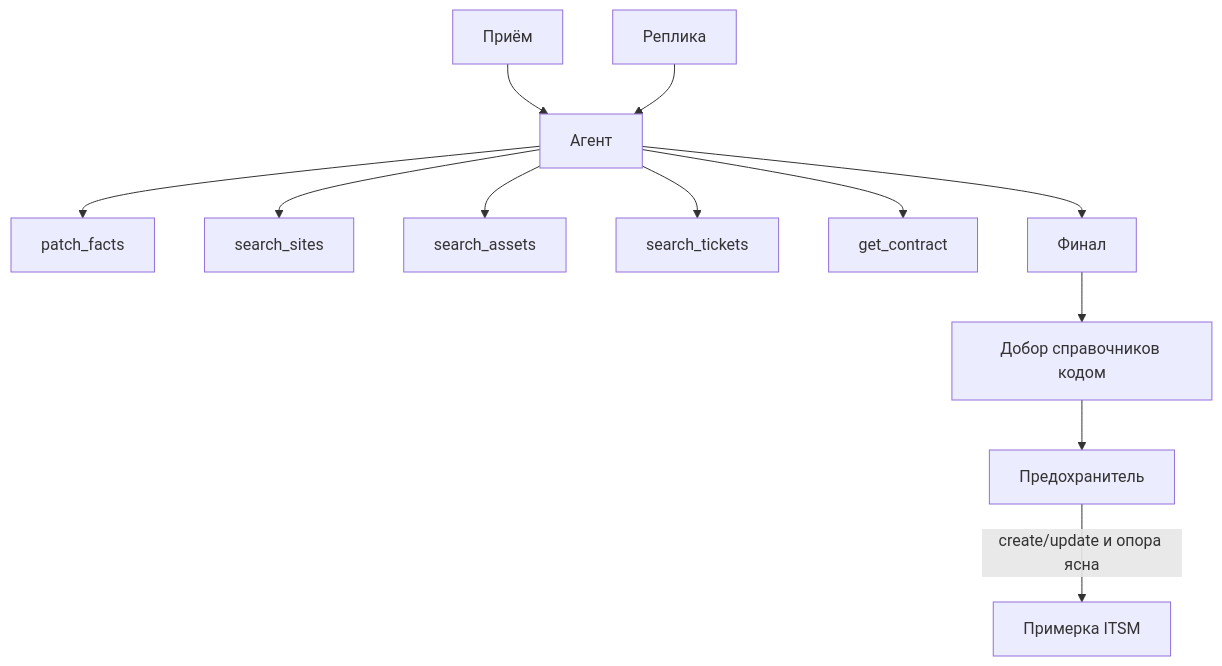
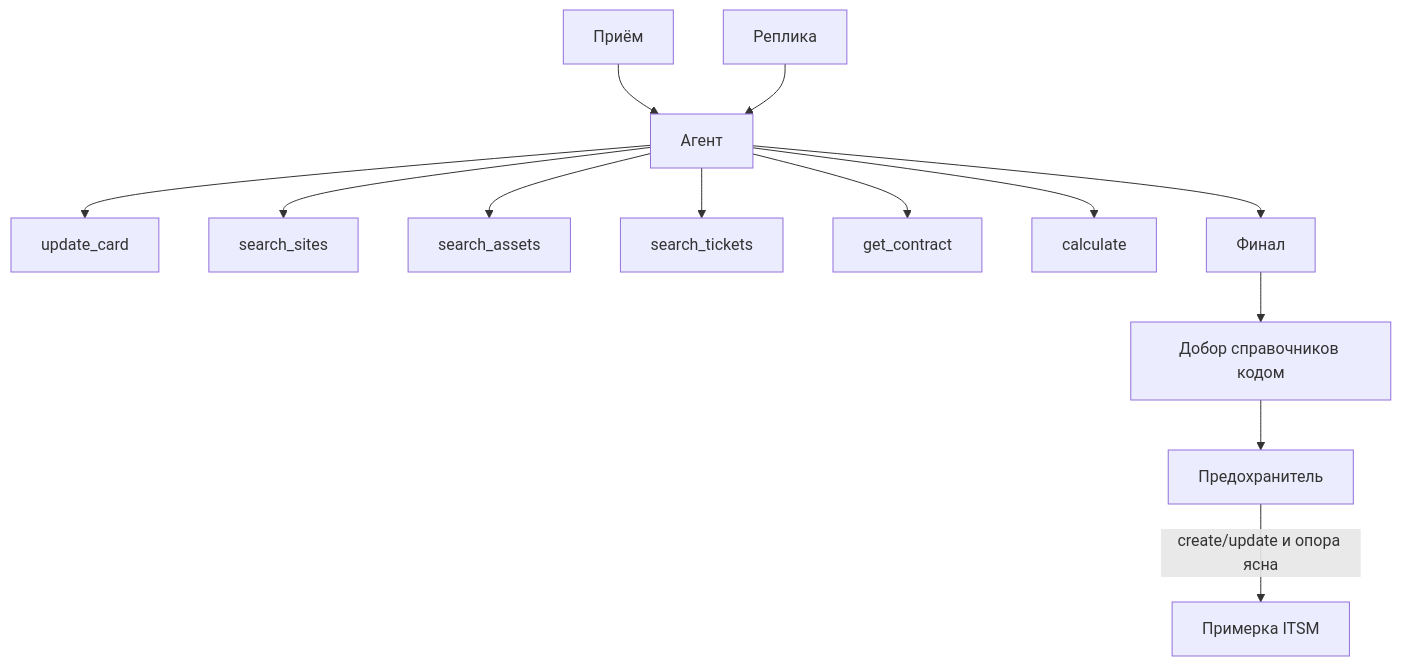
Before and after one commit to smirnoff-ai/jo-selectel-ai-solution-architect: the diagram in docs/concept/agent-harness.md, drawn with Mermaid. The commit also changed other lines of this file and 87 other files, not shown here.

Commit message:
feat(agent): close sprint 07 live window and card loop (#7)

````diff
--- a/docs/concept/agent-harness.md
+++ b/docs/concept/agent-harness.md
@@ -26,14 +26,15 @@
 ```mermaid
 flowchart TB
   Intake[Приём] --> Agent[Агент]
   Reply[Реплика] --> Agent
-  Agent --> Patch[patch_facts]
+  Agent --> Write[update_card]
   Agent --> Sites[search_sites]
   Agent --> Assets[search_assets]
   Agent --> Tickets[search_tickets]
   Agent --> Contract[get_contract]
+  Agent --> Calc[calculate]
   Agent --> Final[Финал]
   Final --> Complete[Добор справочников кодом]
   Complete --> Guard[Предохранитель]
   Guard -->|create/update и опора ясна| Dry[Примерка ITSM]
 ```
````
